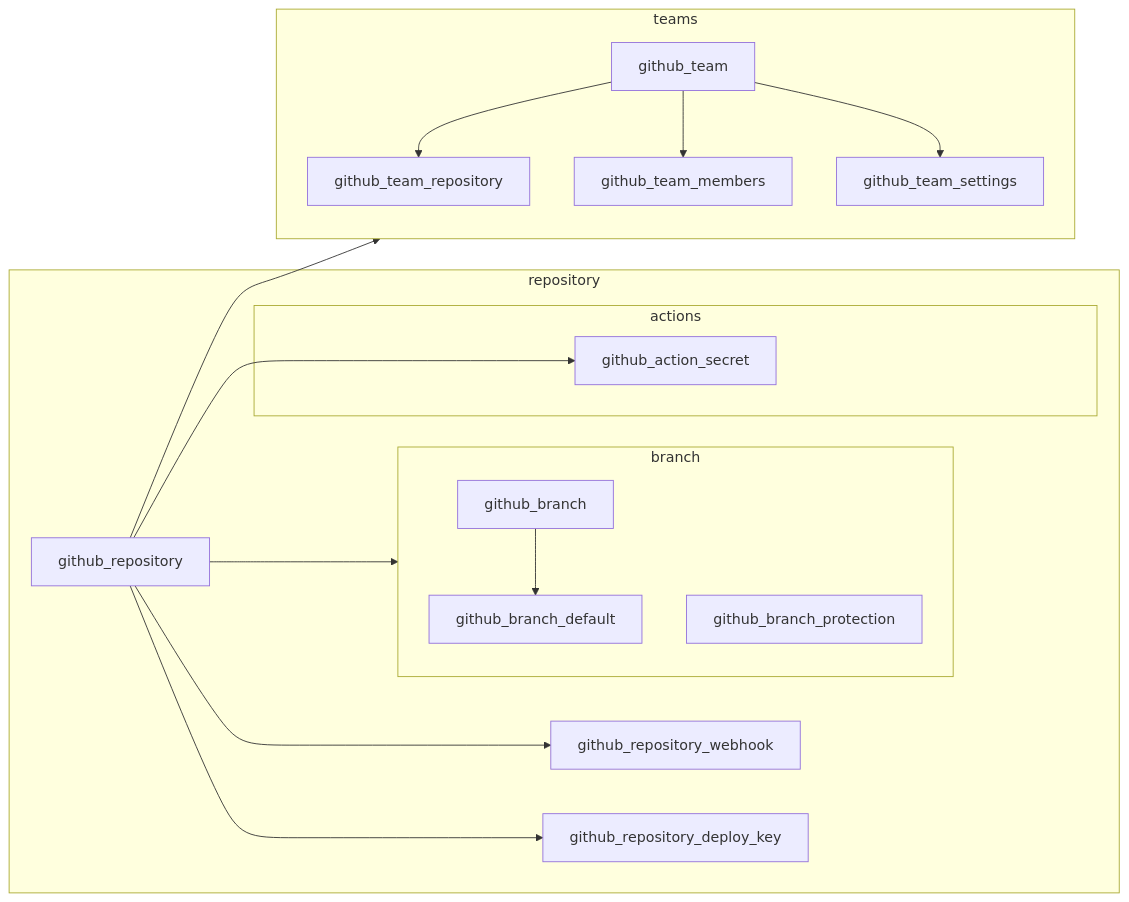
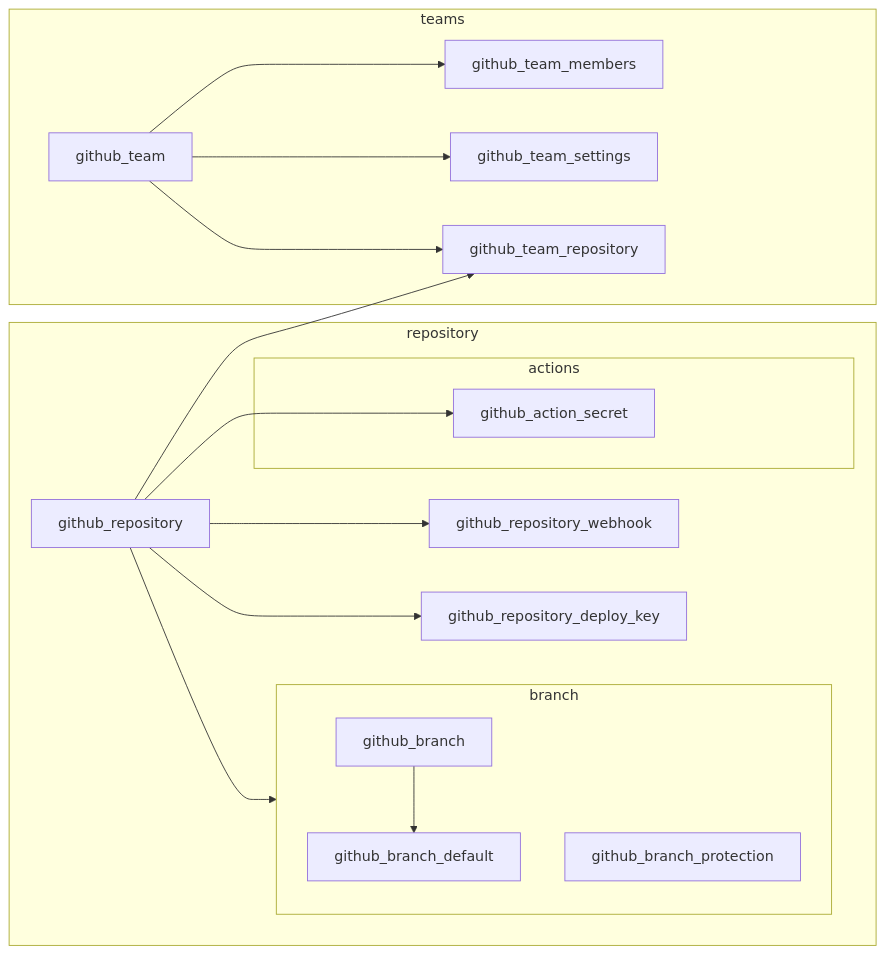
One commit to crossplane-contrib/provider-upjet-github changed the first of 2 diagrams in docs/design.md. Above: the diagram before and after it, drawn with Mermaid. The commit also changed other lines of this file, not shown here.

````diff
--- a/docs/design.md
+++ b/docs/design.md
@@ -4,23 +4,22 @@
 ```mermaid
 graph LR
     github_repository --> github_team_repository
     github_repository --> branch
     github_repository --> github_action_secret
     subgraph repository
         github_repository --> github_repository_webhook
         github_repository --> github_repository_deploy_key
         subgraph branch
             github_branch --> github_branch_default
             github_branch_protection
         end
         subgraph actions
             github_action_secret
         end
     end
     subgraph teams
-        direction TB
         github_team --> github_team_members
         github_team --> github_team_settings
         github_team --> github_team_repository
     end
 ```
````
